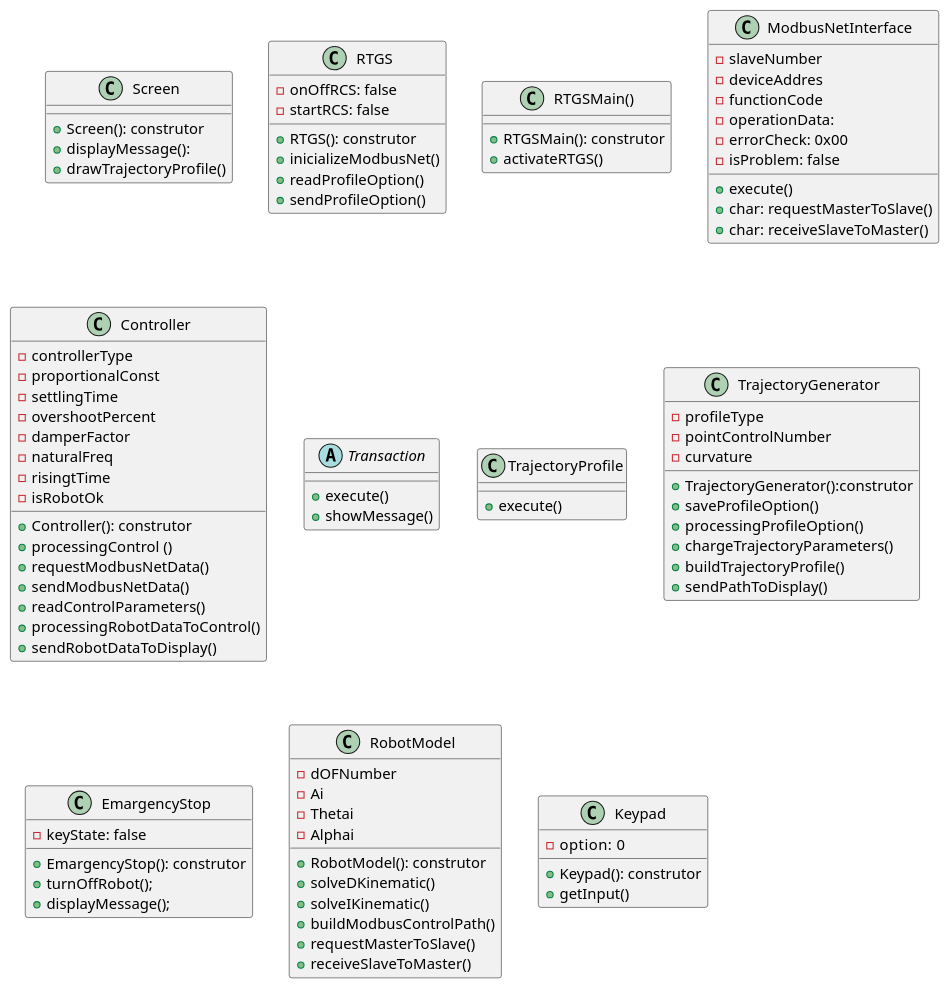
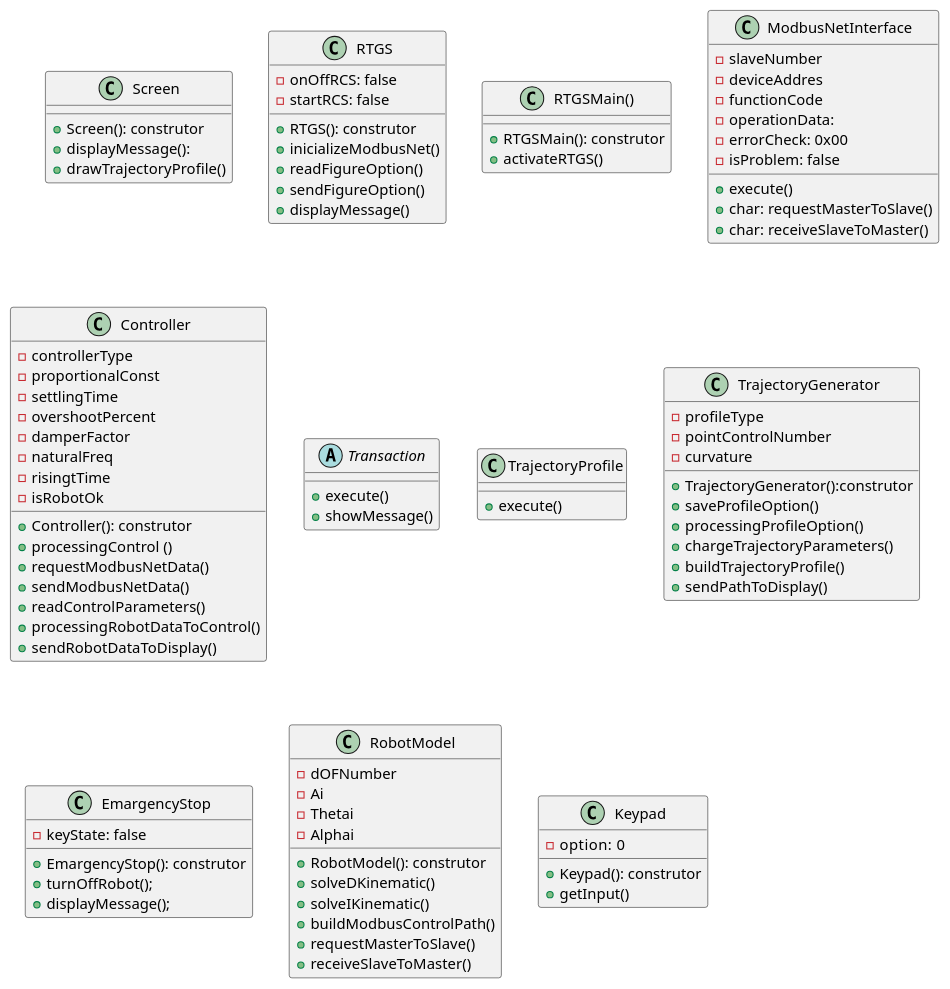
The diagram in ClasseRTGS.plantuml (MarcioFreitasUFSC21/RTGS-Master-Course-System), drawn with PlantUML before and after one commit. The commit also changed 3 other files, not shown here.

Commit message:
deleting the use cases show the trajectory strategy and choose trajectory strategy in Use  Case Diagrams

```diff
--- a/ClasseRTGS.plantuml
+++ b/ClasseRTGS.plantuml
@@ -1,89 +1,90 @@
 @startuml
 Class Screen{
     + Screen(): construtor
     + displayMessage():
     + drawTrajectoryProfile()
    
 }
 Class RTGS{
     - onOffRCS: false
     - startRCS: false
     + RTGS(): construtor
     + inicializeModbusNet()
-    + readProfileOption()
-    + sendProfileOption()
+    + readFigureOption()
+    + sendFigureOption()
+    + displayMessage()
 }
 Class RTGSMain(){
     + RTGSMain(): construtor
     + activateRTGS()
 }
 Class ModbusNetInterface{
     - slaveNumber
     - deviceAddres
     - functionCode
     - operationData: 
     - errorCheck: 0x00
     - isProblem: false
     + execute()
     + char: requestMasterToSlave()
     + char: receiveSlaveToMaster()
 }
 Class Controller{
     - controllerType
     - proportionalConst
     - settlingTime
     - overshootPercent
     - damperFactor
     - naturalFreq
     - risingtTime
     - isRobotOk
     + Controller(): construtor
     + processingControl ()
     + requestModbusNetData()
     + sendModbusNetData()
     + readControlParameters()
     + processingRobotDataToControl()
     + sendRobotDataToDisplay()
 }
 abstract class Transaction{
     + execute()
     + showMessage()
 }
 class TrajectoryProfile{
     + execute()
 }
 class TrajectoryGenerator{
     -  profileType
     -  pointControlNumber
     -  curvature
     + TrajectoryGenerator():construtor
     + saveProfileOption()
     + processingProfileOption()
     + chargeTrajectoryParameters()
     + buildTrajectoryProfile()
     + sendPathToDisplay()
 }
 class EmargencyStop{
     - keyState: false
     + EmargencyStop(): construtor
     + turnOffRobot(); 
     + displayMessage();
 }
 class RobotModel{
     - dOFNumber
     - Ai
     - Thetai
     - Alphai
     + RobotModel(): construtor
     + solveDKinematic()
     + solveIKinematic()
     + buildModbusControlPath()
     + requestMasterToSlave()
     + receiveSlaveToMaster()
 }
 class Keypad{
     - option:  0
     + Keypad(): construtor
     + getInput()
 }
 @enduml
```
